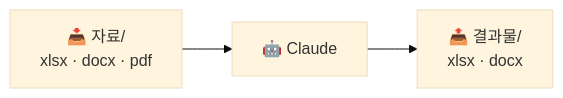
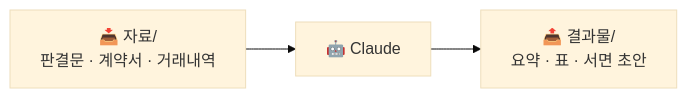
Before and after one commit to gyuber/claude-basics: the diagram in 기초/06-파일-작업.md, drawn with Mermaid (base theme). The commit also changed other lines of this file and 32 other files, not shown here.

````diff
--- a/기초/06-파일-작업.md
+++ b/기초/06-파일-작업.md
@@ -5,4 +5,4 @@
 ```mermaid
 flowchart LR
-  I["📥 자료/<br/>xlsx · docx · pdf"] --> C["🤖 Claude"] --> O["📤 결과물/<br/>xlsx · docx"]
+  I["📥 자료/<br/>판결문 · 계약서 · 거래내역"] --> C["🤖 Claude"] --> O["📤 결과물/<br/>요약 · 표 · 서면 초안"]
 ```
````
